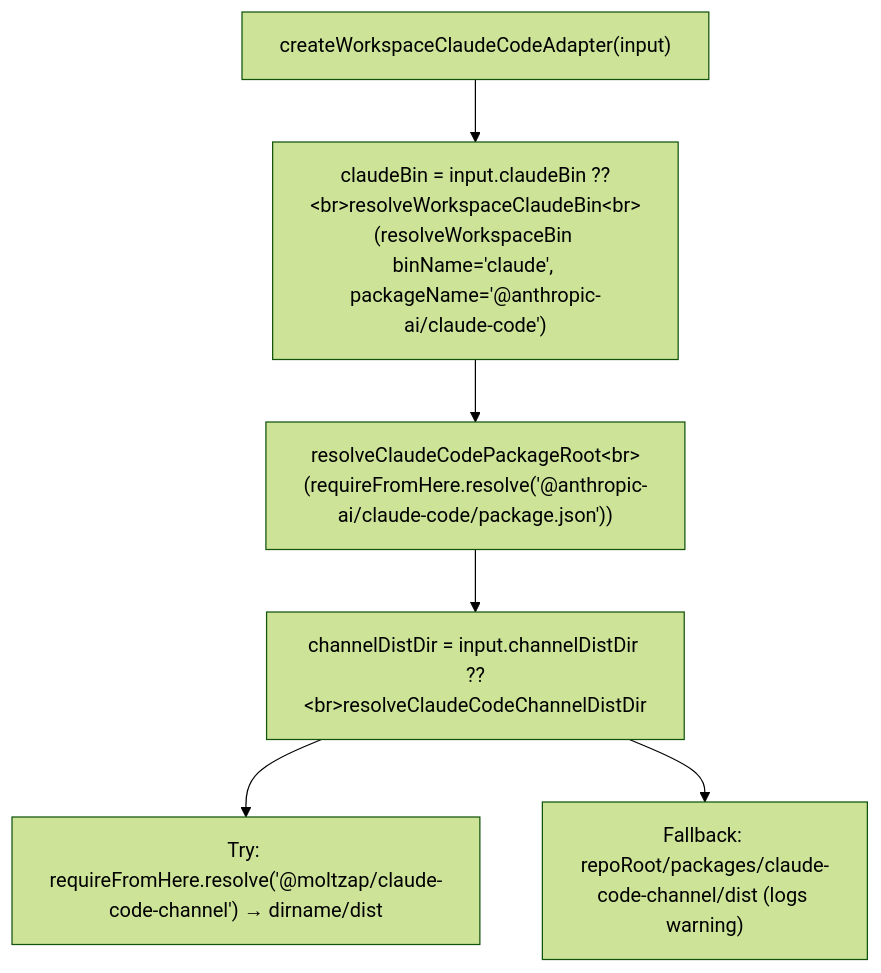
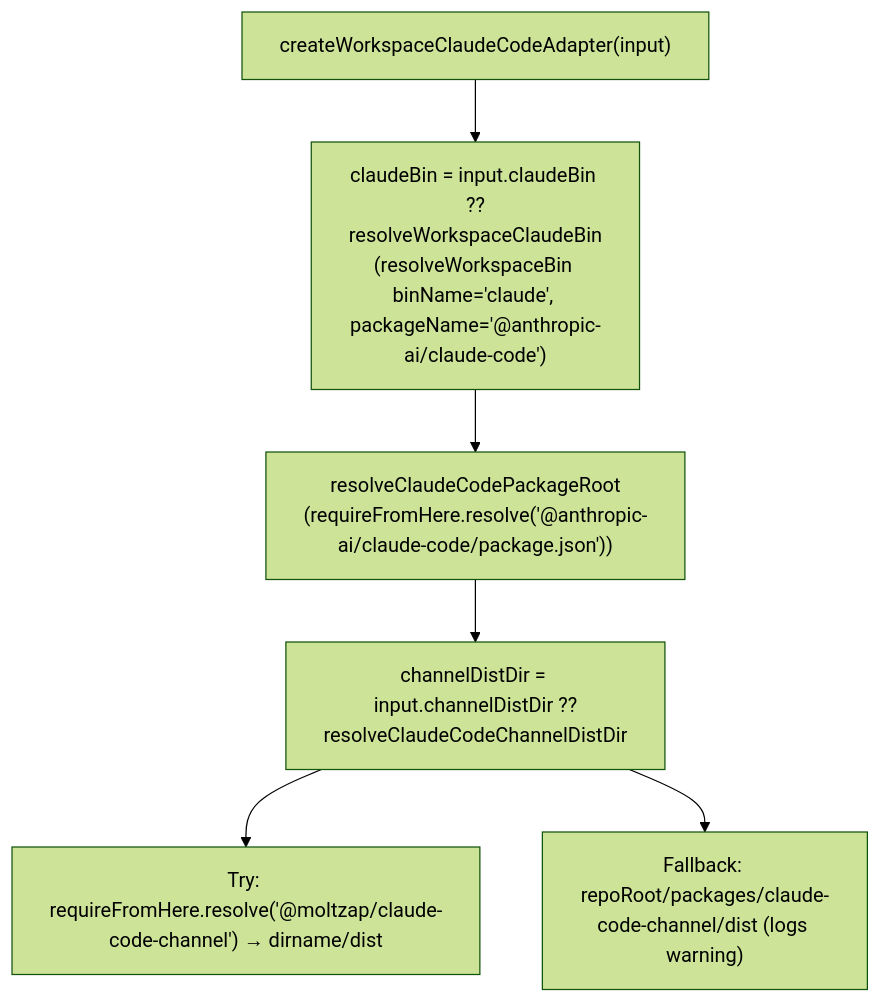
Before and after one commit to chughtapan/moltzap: the second of 8 diagrams in packages/runtimes/src/MODULE.md, drawn with Mermaid (forest theme). The commit also changed other lines of this file and 33 other files, not shown here.

First line of the commit message:
docs(mermaid): use literal <br> in JSDoc sequence/state diagrams; drop dead inferConversationType test

````diff
--- a/packages/runtimes/src/MODULE.md
+++ b/packages/runtimes/src/MODULE.md
@@ -174,12 +174,12 @@
 ```mermaid
 flowchart TD
   CCWF["createWorkspaceClaudeCodeAdapter(input)"]
-  CCBIN["claudeBin = input.claudeBin ??&lt;br>resolveWorkspaceClaudeBin&lt;br>(resolveWorkspaceBin binName='claude', packageName='@anthropic-ai/claude-code')"]
-  CCROOT["resolveClaudeCodePackageRoot&lt;br>(requireFromHere.resolve('@anthropic-ai/claude-code/package.json'))"]
-  CCCH["channelDistDir = input.channelDistDir ??&lt;br>resolveClaudeCodeChannelDistDir"]
+  CCBIN["claudeBin = input.claudeBin ??<br>resolveWorkspaceClaudeBin<br>(resolveWorkspaceBin binName='claude', packageName='@anthropic-ai/claude-code')"]
+  CCROOT["resolveClaudeCodePackageRoot<br>(requireFromHere.resolve('@anthropic-ai/claude-code/package.json'))"]
+  CCCH["channelDistDir = input.channelDistDir ??<br>resolveClaudeCodeChannelDistDir"]
   CCCHTRY["Try: requireFromHere.resolve('@moltzap/claude-code-channel') → dirname/dist"]
   CCCHFALL["Fallback: repoRoot/packages/claude-code-channel/dist (logs warning)"]
   CCWF --> CCBIN --> CCROOT --> CCCH
   CCCH --> CCCHTRY
   CCCH --> CCCHFALL
 ```
````
